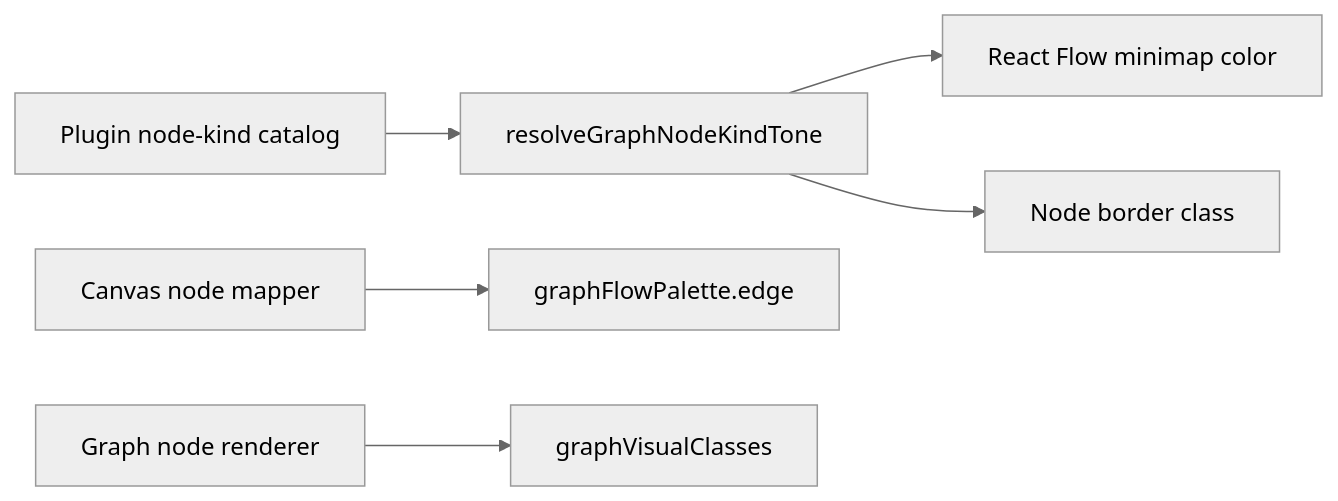
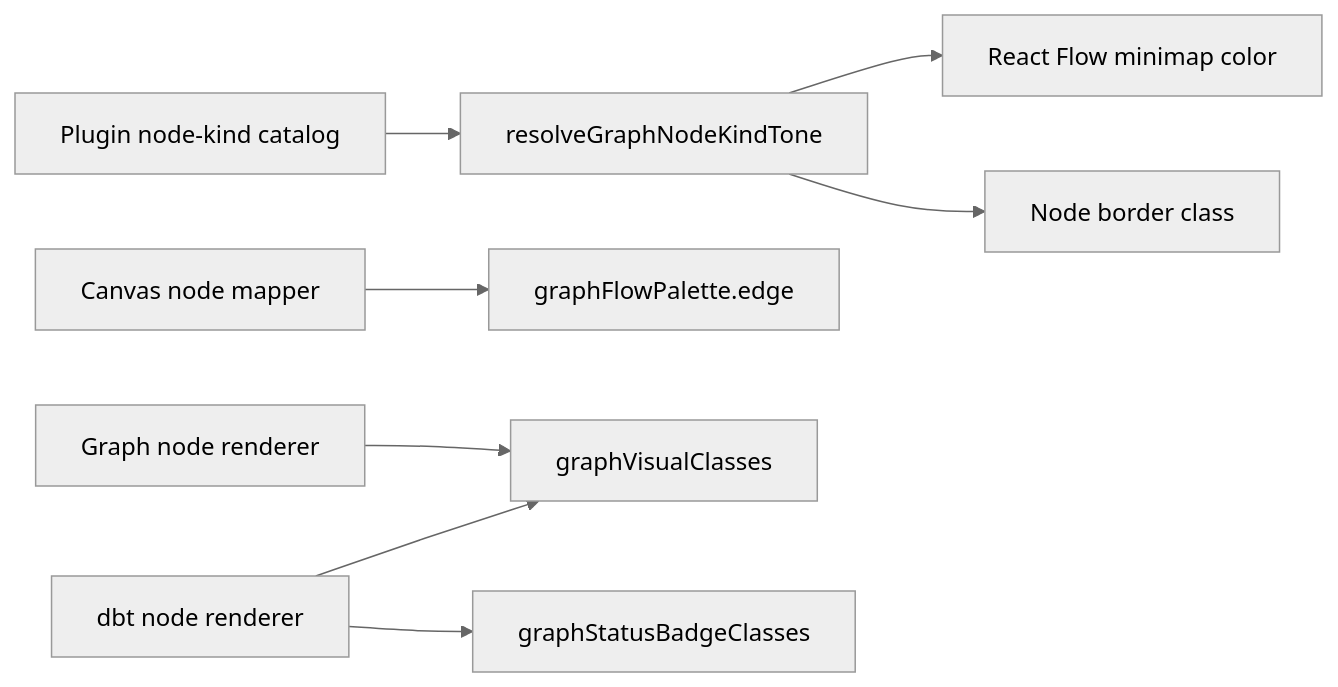
The diagram in docs/architecture/components/web/graph/react-flow-visual-token-component.md (dunay2/dvt), drawn with Mermaid (neutral theme) before and after one commit. The commit also changed other lines of this file and 6 other files, not shown here.

Commit message:
feat(web): Converge dbt graph renderer visual tokens

````diff
--- a/docs/architecture/components/web/graph/react-flow-visual-token-component.md
+++ b/docs/architecture/components/web/graph/react-flow-visual-token-component.md
@@ -37,8 +39,10 @@
 ```mermaid
 flowchart LR
     Catalog["Plugin node-kind catalog"] --> Tone["resolveGraphNodeKindTone"]
     Tone --> Minimap["React Flow minimap color"]
     Tone --> NodeBorder["Node border class"]
     CanvasMapper["Canvas node mapper"] --> EdgePalette["graphFlowPalette.edge"]
     Renderer["Graph node renderer"] --> Classes["graphVisualClasses"]
+    DbtRenderer["dbt node renderer"] --> Classes
+    DbtRenderer --> StatusBadge["graphStatusBadgeClasses"]
 ```
````
